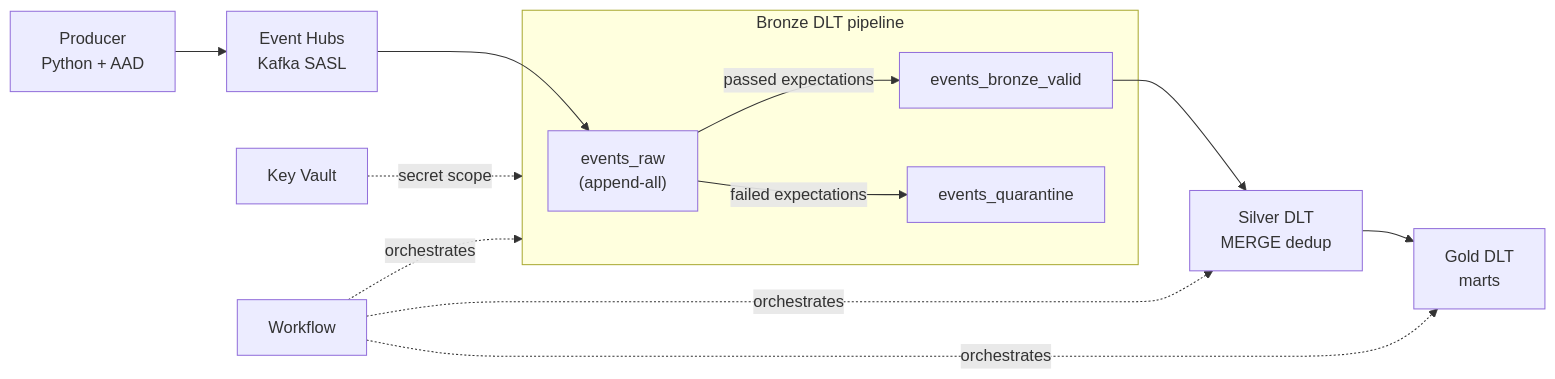
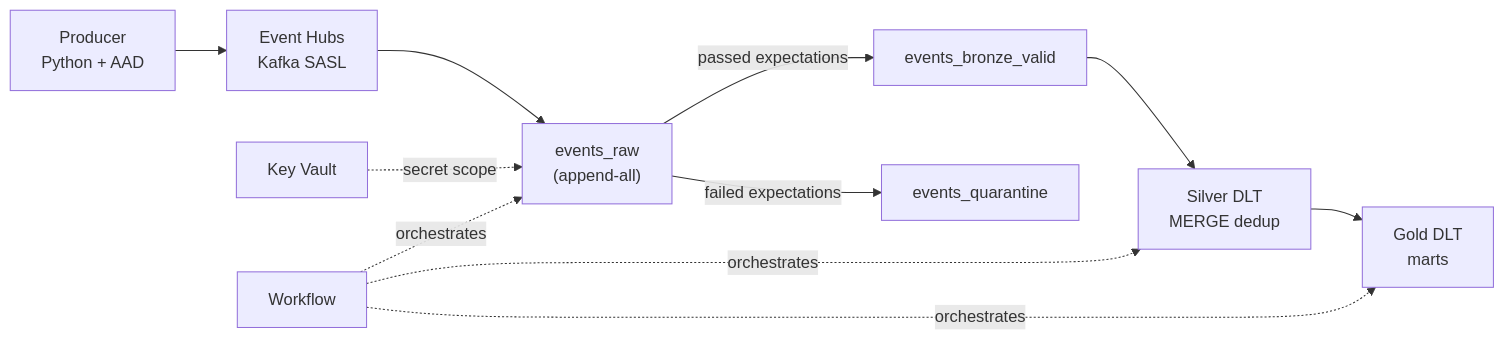
The diagram in README.md (Faz1990/Airline-Lakehouse-Platform), drawn with Mermaid before and after one commit.

````diff
--- a/README.md
+++ b/README.md
@@ -23,21 +23,14 @@
 ```mermaid
 flowchart LR
     P["Producer<br/>Python + AAD"] --> EH["Event Hubs<br/>Kafka SASL"]
-
-    subgraph Bronze["Bronze DLT pipeline"]
-        Raw["events_raw<br/>(append-all)"]
-        Br["events_bronze_valid"]
-        Q["events_quarantine"]
-        Raw -->|passed expectations| Br
-        Raw -->|failed expectations| Q
-    end
-
-    EH --> Raw
+    EH --> Raw["events_raw<br/>(append-all)"]
+    Raw -->|passed expectations| Br["events_bronze_valid"]
+    Raw -->|failed expectations| Q["events_quarantine"]
     Br --> S["Silver DLT<br/>MERGE dedup"]
     S --> G["Gold DLT<br/>marts"]
 
-    KV["Key Vault"] -.secret scope.-> Bronze
-    W["Workflow"] -.orchestrates.-> Bronze
+    KV["Key Vault"] -.secret scope.-> Raw
+    W["Workflow"] -.orchestrates.-> Raw
     W -.orchestrates.-> S
     W -.orchestrates.-> G
 ```
````
